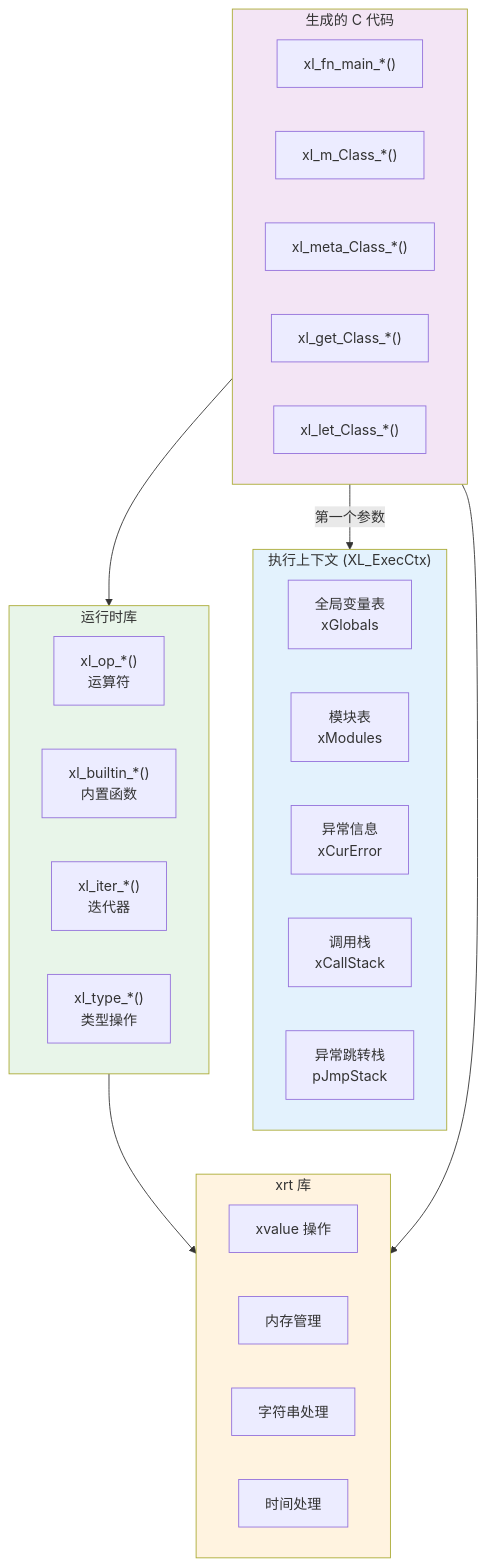
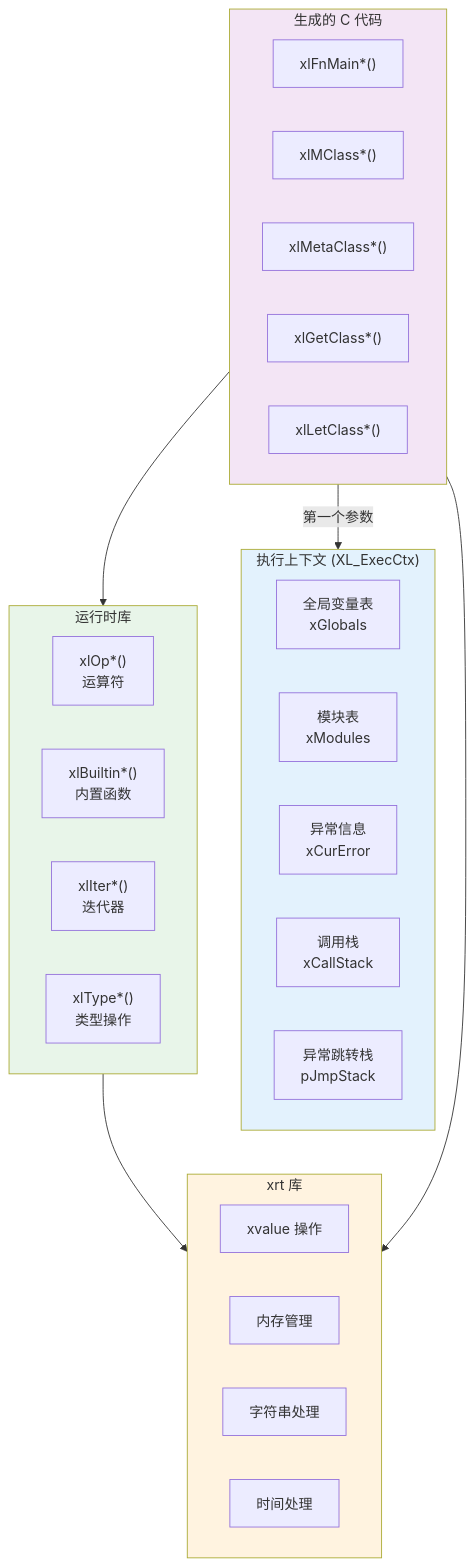
One commit to xywhsoft/xlang changed the fifth of 10 diagrams in spec.md. Above: the diagram before and after it, drawn with Mermaid. The commit also changed other lines of this file, not shown here.

````diff
--- a/spec.md
+++ b/spec.md
@@ -2848,42 +2894,42 @@
 ```mermaid
 flowchart TD
     subgraph XL_ExecCtx["执行上下文 (XL_ExecCtx)"]
         CTX_GLOBALS["全局变量表<br/>xGlobals"]
         CTX_MODULES["模块表<br/>xModules"]
         CTX_ERROR["异常信息<br/>xCurError"]
         CTX_STACK["调用栈<br/>xCallStack"]
         CTX_JMP["异常跳转栈<br/>pJmpStack"]
     end
     
     subgraph Generated["生成的 C 代码"]
-        FN_MAIN["xl_fn_main_*()"]
-        FN_CLASS["xl_m_Class_*()"]
-        FN_META["xl_meta_Class_*()"]
-        FN_GET["xl_get_Class_*()"]
-        FN_LET["xl_let_Class_*()"]
+        FN_MAIN["xlFnMain*()"]
+        FN_CLASS["xlMClass*()"]
+        FN_META["xlMetaClass*()"]
+        FN_GET["xlGetClass*()"]
+        FN_LET["xlLetClass*()"]
     end
     
     subgraph Runtime["运行时库"]
-        OP["xl_op_*()<br/>运算符"]
-        BUILTIN["xl_builtin_*()<br/>内置函数"]
-        ITER["xl_iter_*()<br/>迭代器"]
-        TYPE["xl_type_*()<br/>类型操作"]
+        OP["xlOp*()<br/>运算符"]
+        BUILTIN["xlBuiltin*()<br/>内置函数"]
+        ITER["xlIter*()<br/>迭代器"]
+        TYPE["xlType*()<br/>类型操作"]
     end
     
     subgraph XRT["xrt 库"]
         XVALUE["xvalue 操作"]
         XMEM["内存管理"]
         XSTR["字符串处理"]
         XTIME["时间处理"]
     end
     
     Generated -->|第一个参数| XL_ExecCtx
     Generated --> Runtime
     Runtime --> XRT
     Generated --> XRT
     
     style XL_ExecCtx fill:#e3f2fd
     style Generated fill:#f3e5f5
     style Runtime fill:#e8f5e9
     style XRT fill:#fff3e0
 ```
````
